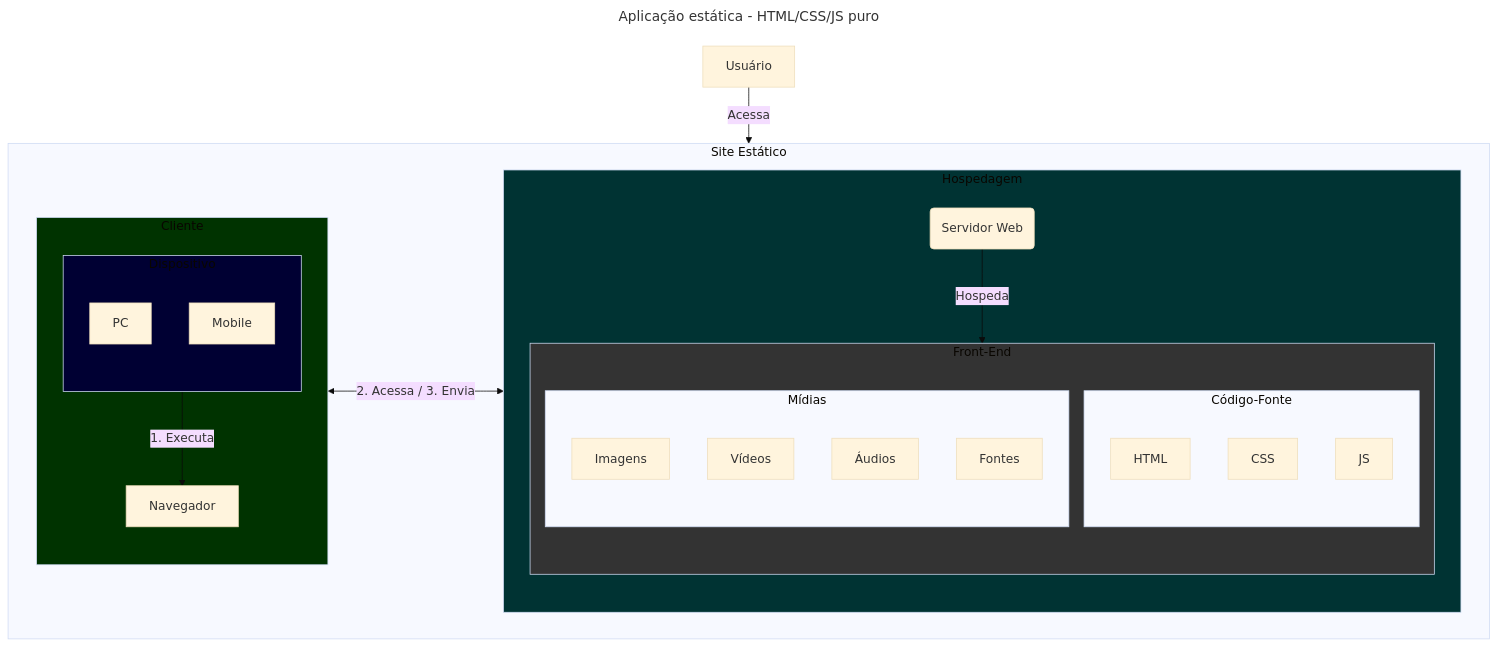
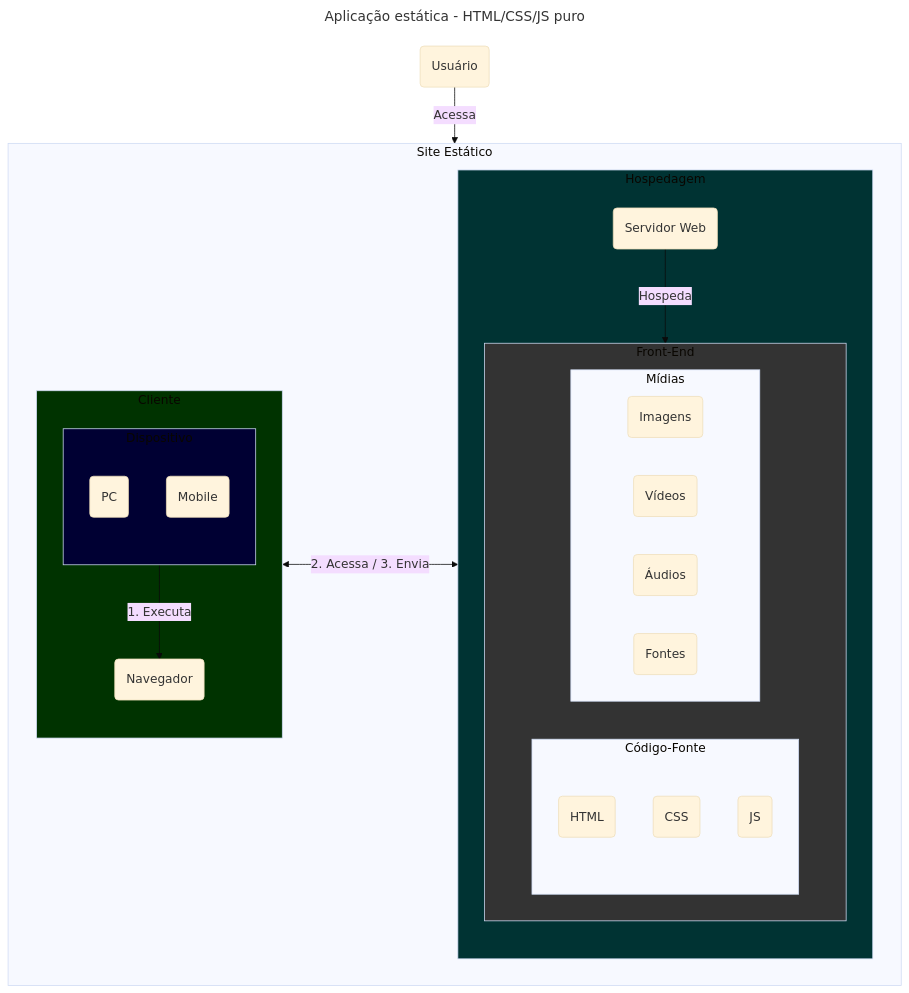
The first of 3 diagrams in README.md (dev-alexmachado/guia_rapido_aplicacoes_web), drawn with Mermaid (base theme) before and after one commit. The commit also changed other lines of this file, not shown here.

Commit message:
Add: diagrama MVC

```diff
--- a/README.md
+++ b/README.md
@@ -37,45 +39,53 @@
 ~~~mermaid
 ---
 title: Aplicação estática - HTML/CSS/JS puro
 ---
 graph TD
-    Usuário -- Acessa --> Sistema
+    Usuário(Usuário)
 
     subgraph Sistema [Site Estático]
         direction LR
+
         subgraph Hospedagem
             direction TD
-            SW(Servidor Web) -- Hospeda --> Front-End
+
+            SW(Servidor Web)
+
             subgraph Front-End
                 subgraph Código-Fonte
-                    HTML
-                    CSS
-                    JS
+                    HTML(HTML)
+                    CSS(CSS)
+                    JS(JS)
                 end
 
                 subgraph Mídias
-                    Imagens
-                    Vídeos
-                    Áudios
-                    Fontes
+                    Imagens(Imagens)
+                    Vídeos(Vídeos)
+                    Áudios(Áudios)
+                    Fontes(Fontes)
                 end
             end
         end
 
-        Cliente <-- 2. Acessa / 3. Envia --> Hospedagem
-
         subgraph Cliente
             direction TD
+
+            Navegador(Navegador)
+
             subgraph Dispositivo
-                PC
-                Mobile
+                PC(PC)
+                Mobile(Mobile)
             end
-            Dispositivo -- 1. Executa --> Navegador
         end
     end
+
+    Usuário -- Acessa --> Sistema
+    Dispositivo -- 1. Executa --> Navegador
+    Cliente <-- 2. Acessa / 3. Envia --> Hospedagem
+    SW -- Hospeda --> Front-End
 
     style Cliente fill: #030
     style Dispositivo fill: #003
     style Hospedagem fill: #033
     style Front-End fill: #333
 ~~~
```
